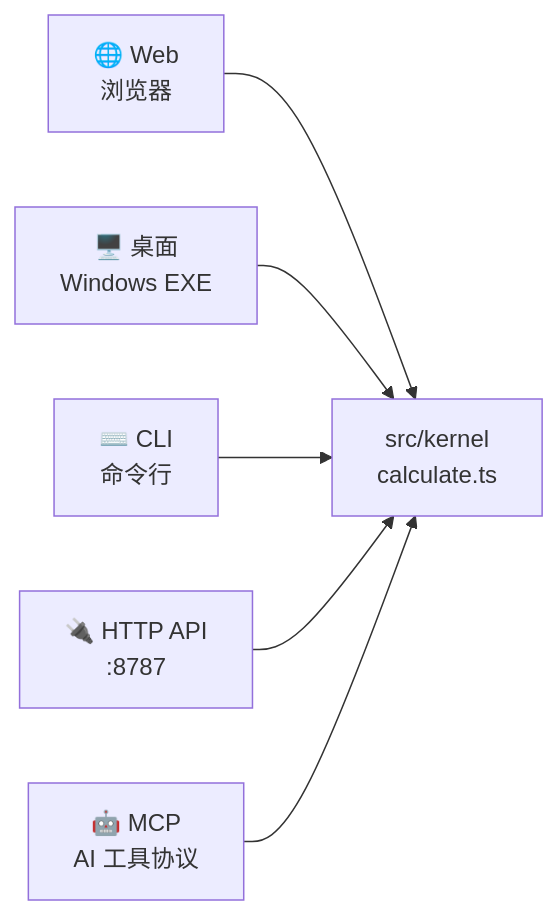
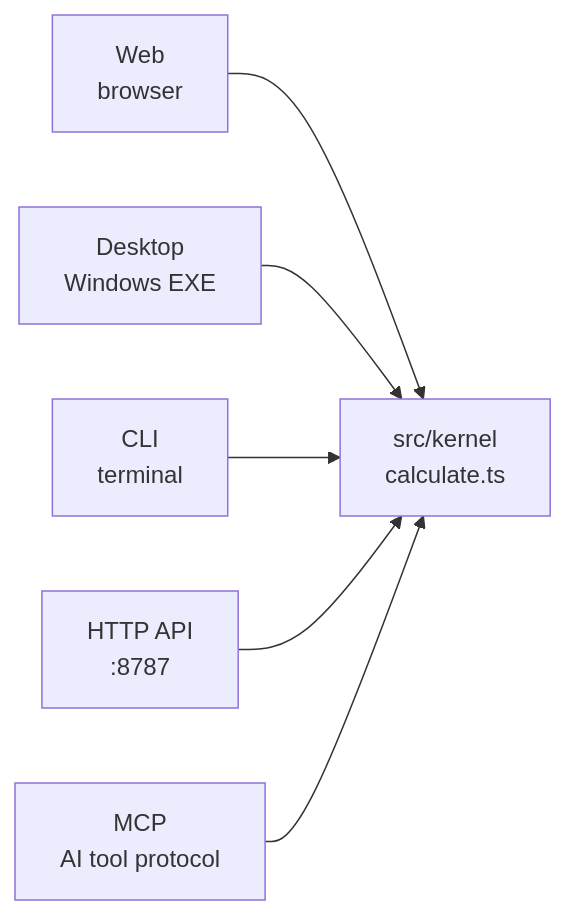
Before and after one commit to Morningstar202604/no-money: the first of 2 diagrams in README.md, drawn with Mermaid. The commit also changed other lines of this file and 24 other files, not shown here.

````diff
--- a/README.md
+++ b/README.md
@@ -26,14 +26,14 @@
 ```mermaid
 flowchart LR
     K["src/kernel<br/>calculate.ts"]
-    W["🌐 Web<br/>浏览器"]
-    D["🖥️ 桌面<br/>Windows EXE"]
-    C["⌨️ CLI<br/>命令行"]
-    A["🔌 HTTP API<br/>:8787"]
-    M["🤖 MCP<br/>AI 工具协议"]
+    W["Web<br/>browser"]
+    D["Desktop<br/>Windows EXE"]
+    C["CLI<br/>terminal"]
+    A["HTTP API<br/>:8787"]
+    M["MCP<br/>AI tool protocol"]
     W --> K
     D --> K
     C --> K
     A --> K
     M --> K
 ```
````
